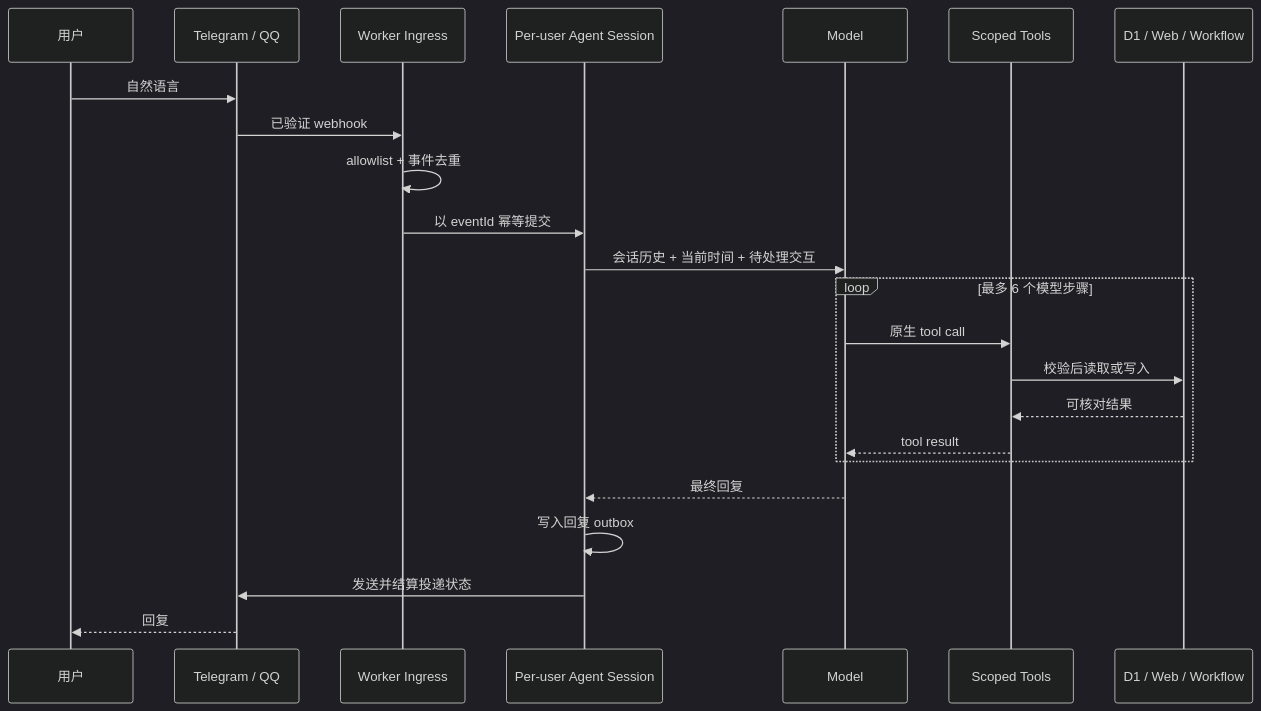
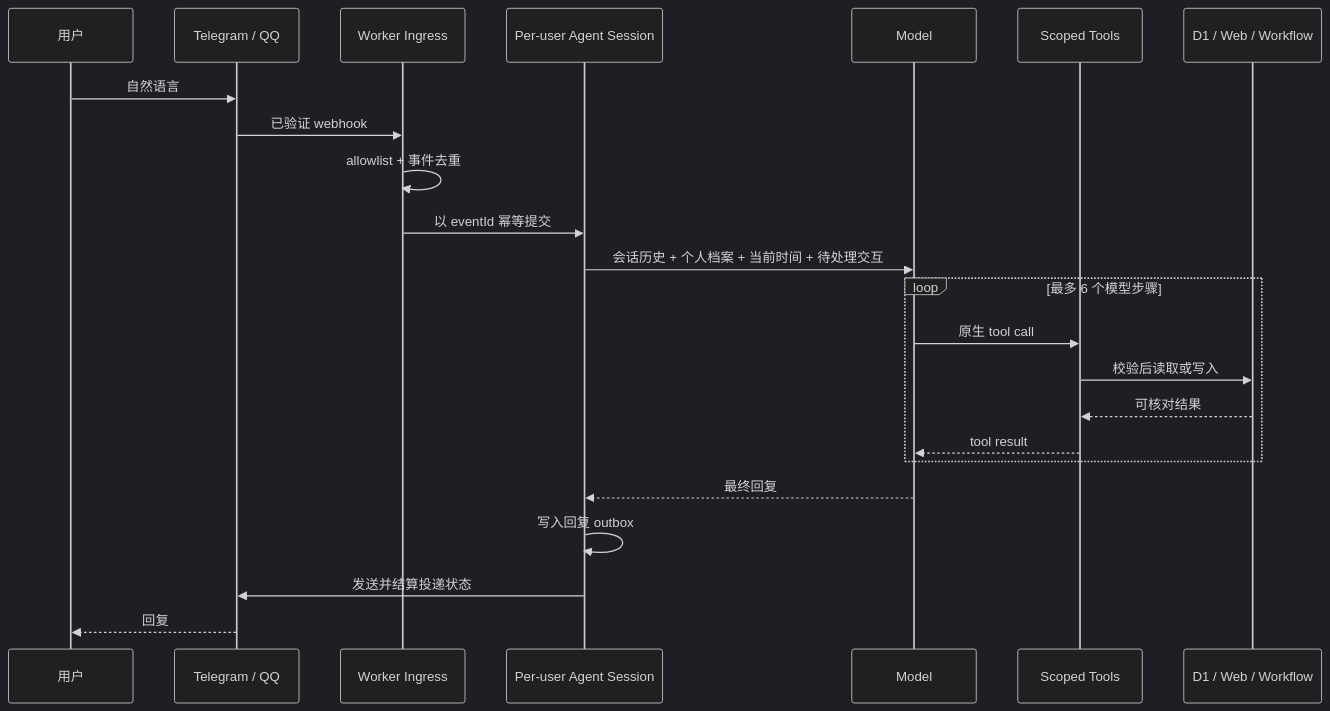
One commit to kinamind/Desk-IX changed the diagram in docs/architecture.md. Above: the diagram before and after it, drawn with Mermaid (dark theme). The commit also changed other lines of this file and 31 other files, not shown here.

````diff
--- a/docs/architecture.md
+++ b/docs/architecture.md
@@ -19,26 +19,26 @@
 ```mermaid
 sequenceDiagram
   participant U as 用户
   participant C as Telegram / QQ
   participant W as Worker Ingress
   participant S as Per-user Agent Session
   participant M as Model
   participant T as Scoped Tools
   participant D as D1 / Web / Workflow
 
   U->>C: 自然语言
   C->>W: 已验证 webhook
   W->>W: allowlist + 事件去重
   W->>S: 以 eventId 幂等提交
-  S->>M: 会话历史 + 当前时间 + 待处理交互
+  S->>M: 会话历史 + 个人档案 + 当前时间 + 待处理交互
   loop 最多 6 个模型步骤
     M->>T: 原生 tool call
     T->>D: 校验后读取或写入
     D-->>T: 可核对结果
     T-->>M: tool result
   end
   M-->>S: 最终回复
   S->>S: 写入回复 outbox
   S->>C: 发送并结算投递状态
   C-->>U: 回复
 ```
````
